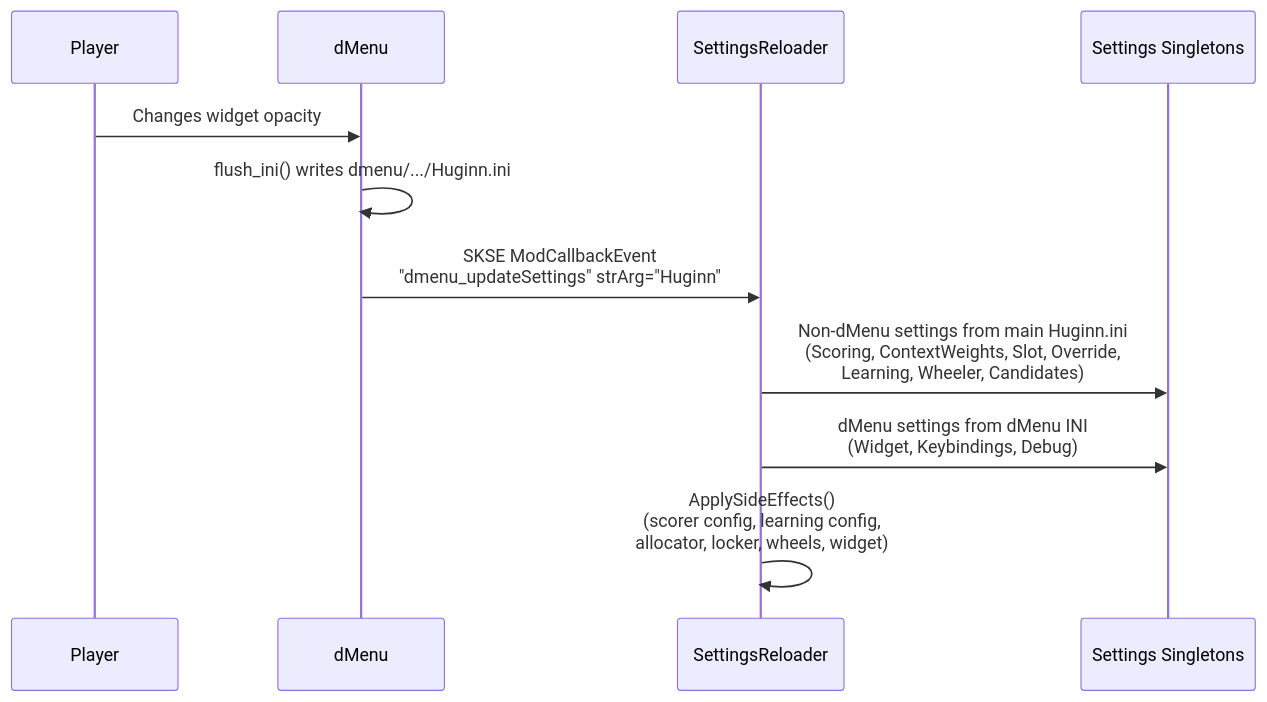
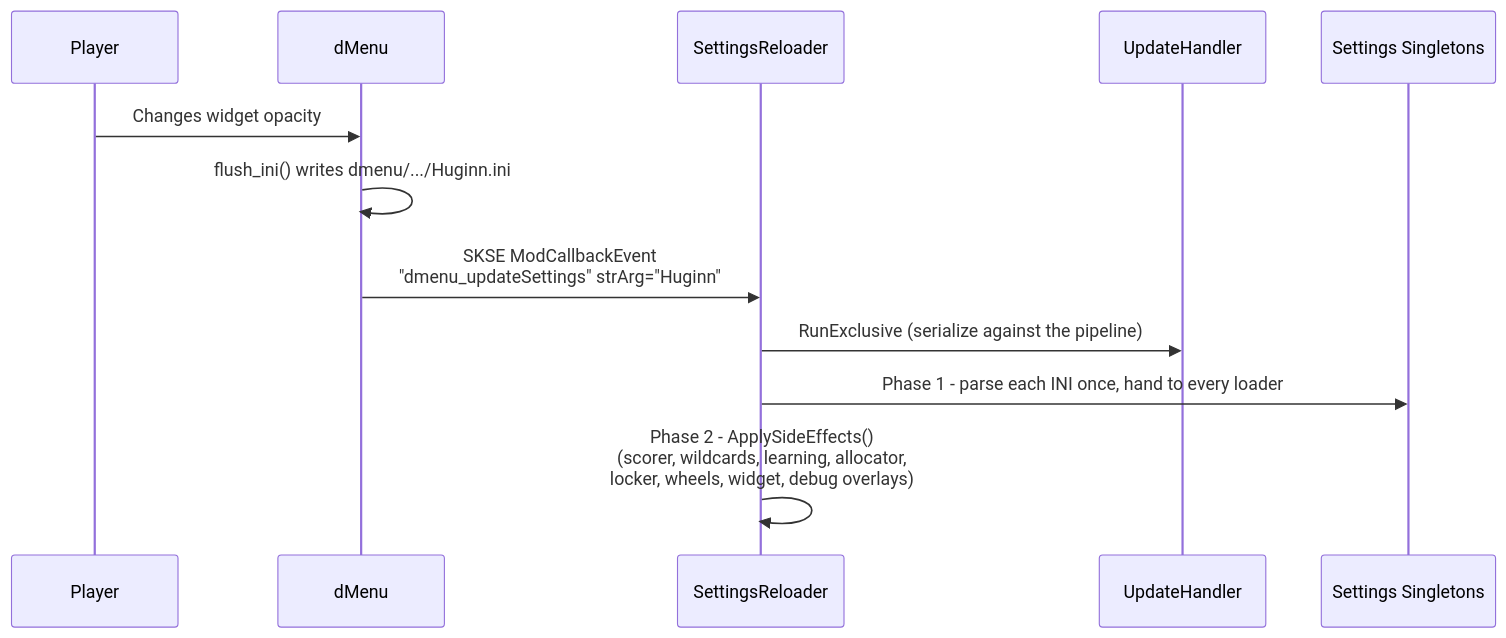
The second of 2 diagrams in docs/architecture/7-dmenu-integration.md (LandingCrew/huginn), drawn with Mermaid before and after one commit. The commit also changed other lines of this file and 27 other files, not shown here.

````diff
--- a/docs/architecture/7-dmenu-integration.md
+++ b/docs/architecture/7-dmenu-integration.md
@@ -94,15 +164,16 @@
 ```mermaid
 sequenceDiagram
     participant Player
     participant dMenu
     participant SettingsReloader
+    participant Update as UpdateHandler
     participant Settings as Settings Singletons
 
     Player->>dMenu: Changes widget opacity
     dMenu->>dMenu: flush_ini() writes dmenu/.../Huginn.ini
     dMenu->>SettingsReloader: SKSE ModCallbackEvent<br/>"dmenu_updateSettings" strArg="Huginn"
 
-    SettingsReloader->>Settings: Non-dMenu settings from main Huginn.ini<br/>(Scoring, ContextWeights, Slot, Override,<br/>Learning, Wheeler, Candidates)
-    SettingsReloader->>Settings: dMenu settings from dMenu INI<br/>(Widget, Keybindings, Debug)
-    SettingsReloader->>SettingsReloader: ApplySideEffects()<br/>(scorer config, learning config,<br/>allocator, locker, wheels, widget)
+    SettingsReloader->>Update: RunExclusive (serialize against the pipeline)
+    SettingsReloader->>Settings: Phase 1 - parse each INI once, hand to every loader
+    SettingsReloader->>SettingsReloader: Phase 2 - ApplySideEffects()<br/>(scorer, wildcards, learning, allocator,<br/>locker, wheels, widget, debug overlays)
 ```
````
